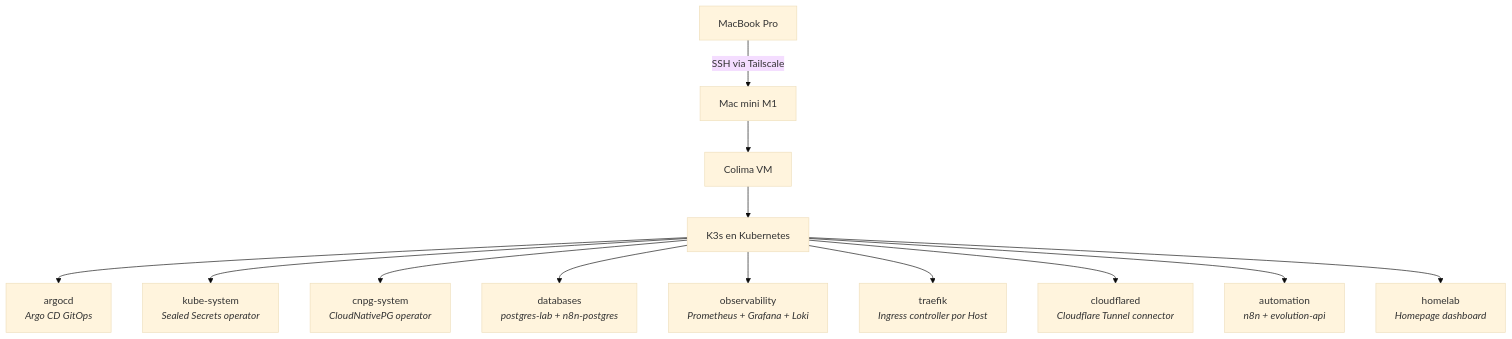
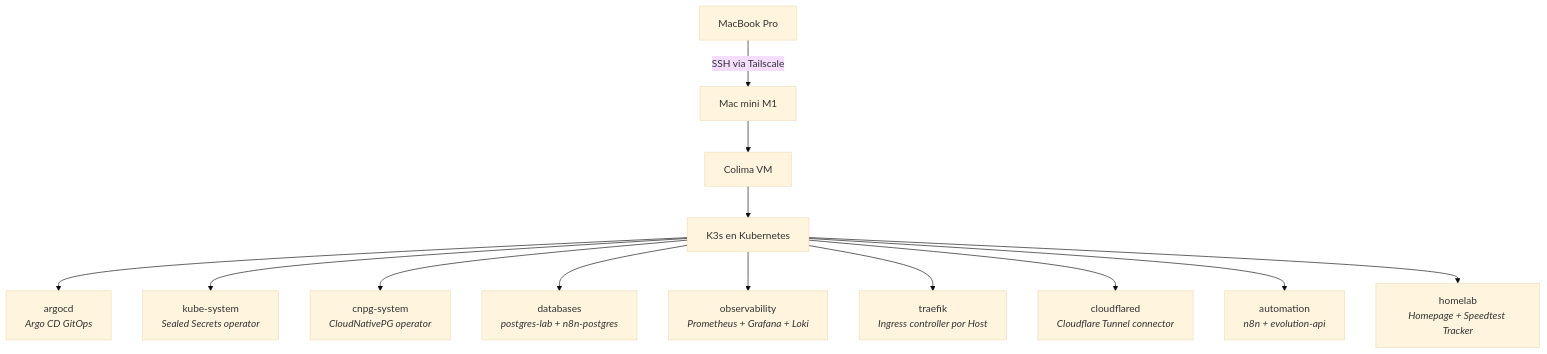
One commit to oscargicast/homelab-k8s changed the first of 2 diagrams in README.md. Above: the diagram before and after it, drawn with Mermaid (base theme). The commit also changed other lines of this file and 1 other file, not shown here.

First line of the commit message:
docs: sincronizar README.md y CLAUDE.md con speedtest-tracker

````diff
--- a/README.md
+++ b/README.md
@@ -7,17 +7,17 @@
 ```mermaid
 graph TD
     MBP[MacBook Pro]
     MBP -->|SSH via Tailscale| MM[Mac mini M1]
     MM --> COL[Colima VM]
     COL --> K8S[K3s en Kubernetes]
 
     K8S --> NS_ARGOCD[argocd<br/><i>Argo CD GitOps</i>]
     K8S --> NS_KS[kube-system<br/><i>Sealed Secrets operator</i>]
     K8S --> NS_CNPG[cnpg-system<br/><i>CloudNativePG operator</i>]
     K8S --> NS_DB[databases<br/><i>postgres-lab + n8n-postgres</i>]
     K8S --> NS_OBS[observability<br/><i>Prometheus + Grafana + Loki</i>]
     K8S --> NS_TRA[traefik<br/><i>Ingress controller por Host</i>]
     K8S --> NS_CFD[cloudflared<br/><i>Cloudflare Tunnel connector</i>]
     K8S --> NS_AUT[automation<br/><i>n8n + evolution-api</i>]
-    K8S --> NS_HL[homelab<br/><i>Homepage dashboard</i>]
+    K8S --> NS_HL[homelab<br/><i>Homepage + Speedtest Tracker</i>]
 ```
````
